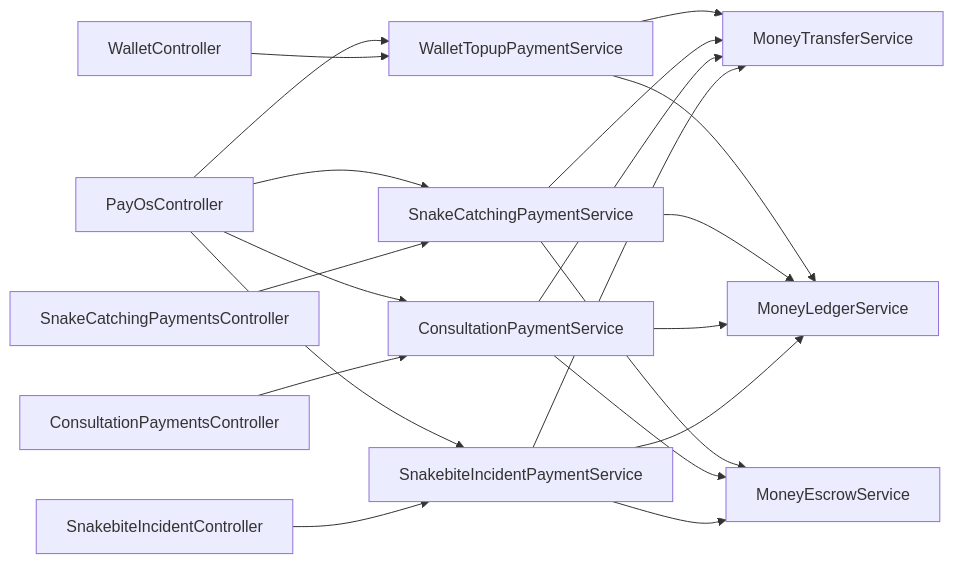
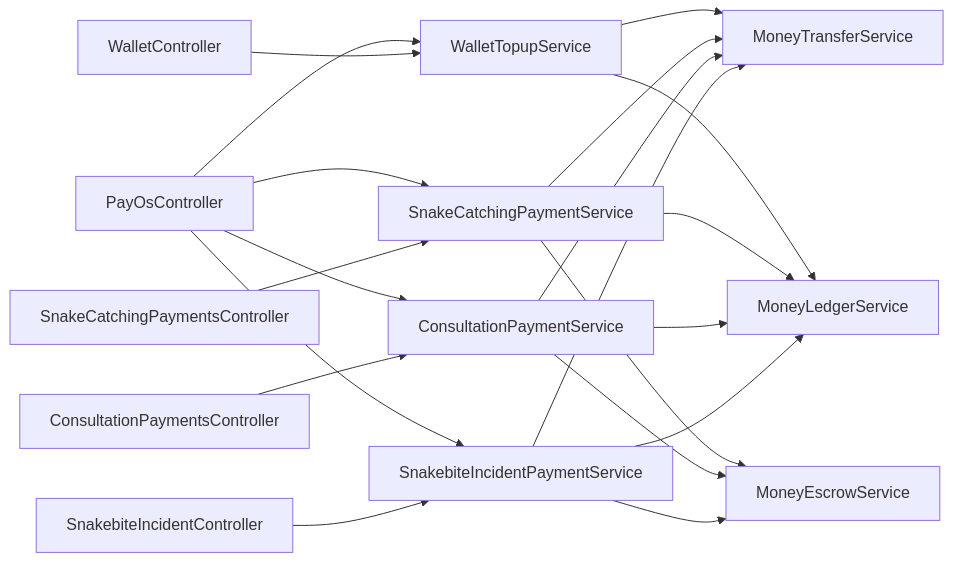
The first of 5 diagrams in Docs/05-Backend/02-layers/money-aspect/money-aspect.sourcemap.md (Snake-AID/SnakeAid.Docs), drawn with Mermaid before and after one commit. The commit also changed other lines of this file and 2 other files, not shown here.

Commit message:
feat(docs): update money aspect documentation to reflect naming convention changes for WalletTopupService and related classes

````diff
--- a/Docs/05-Backend/02-layers/money-aspect/money-aspect.sourcemap.md
+++ b/Docs/05-Backend/02-layers/money-aspect/money-aspect.sourcemap.md
@@ -35,27 +35,27 @@
 ```mermaid
 flowchart LR
-    PayOsController --> WalletTopupPaymentService
+    PayOsController --> WalletTopupService
     PayOsController --> SnakeCatchingPaymentService
     PayOsController --> ConsultationPaymentService
     PayOsController --> SnakebiteIncidentPaymentService
 
-    WalletController --> WalletTopupPaymentService
+    WalletController --> WalletTopupService
     SnakeCatchingPaymentsController --> SnakeCatchingPaymentService
     ConsultationPaymentsController --> ConsultationPaymentService
     SnakebiteIncidentController --> SnakebiteIncidentPaymentService
 
-    WalletTopupPaymentService --> MoneyTransferService
-    WalletTopupPaymentService --> MoneyLedgerService
+    WalletTopupService --> MoneyTransferService
+    WalletTopupService --> MoneyLedgerService
 
     SnakeCatchingPaymentService --> MoneyEscrowService
     SnakeCatchingPaymentService --> MoneyTransferService
     SnakeCatchingPaymentService --> MoneyLedgerService
 
     ConsultationPaymentService --> MoneyEscrowService
     ConsultationPaymentService --> MoneyTransferService
     ConsultationPaymentService --> MoneyLedgerService
 
     SnakebiteIncidentPaymentService --> MoneyEscrowService
     SnakebiteIncidentPaymentService --> MoneyTransferService
     SnakebiteIncidentPaymentService --> MoneyLedgerService
 ```
````
